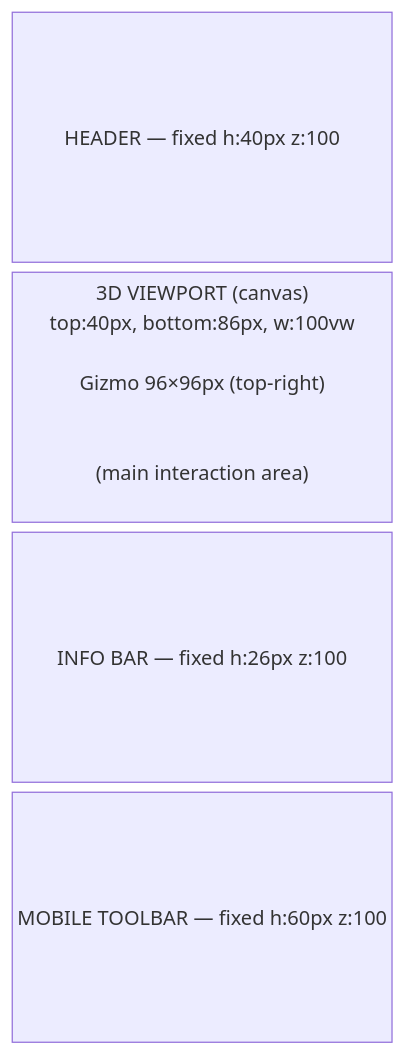
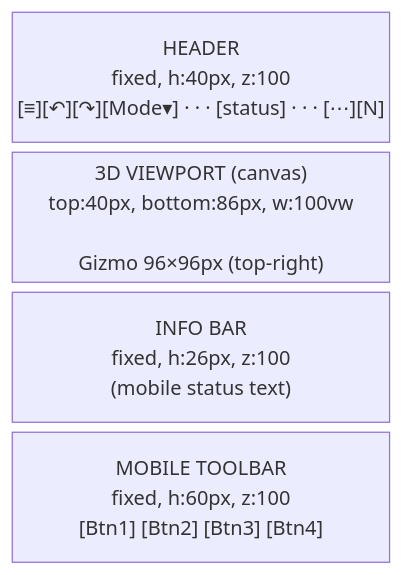
One commit to yuubae215/easy-extrude changed the second of 2 diagrams in docs/LAYOUT_DESIGN.md. Above: the diagram before and after it, drawn with Mermaid. The commit also changed other lines of this file and 1 other file, not shown here.

Commit message:
docs: revert diagrams to first Mermaid version (columns 3, equal blocks)
Roll back the block-size experiments and use the simpler equal-column
layout from the initial translation commit.

https://claude.ai/code/session_01YFkNkmXh91b7LVbwHSxpdV

````diff
--- a/docs/LAYOUT_DESIGN.md
+++ b/docs/LAYOUT_DESIGN.md
@@ -53,8 +53,8 @@
 ```mermaid
 block-beta
   columns 1
-  header["HEADER — fixed h:40px z:100"]
-  viewport["3D VIEWPORT (canvas)\ntop:40px, bottom:86px, w:100vw\n\nGizmo 96×96px (top-right)\n\n\n(main interaction area)\n\n"]
-  infobar["INFO BAR — fixed h:26px z:100"]
-  toolbar["MOBILE TOOLBAR — fixed h:60px z:100"]
+  header["HEADER\nfixed, h:40px, z:100\n[≡][↶][↷][Mode▾] · · · [status] · · · [⋯][N]"]
+  viewport["3D VIEWPORT (canvas)\ntop:40px, bottom:86px, w:100vw\n\nGizmo 96×96px (top-right)"]
+  infobar["INFO BAR\nfixed, h:26px, z:100\n(mobile status text)"]
+  toolbar["MOBILE TOOLBAR\nfixed, h:60px, z:100\n[Btn1]  [Btn2]  [Btn3]  [Btn4]"]
 ```
````
